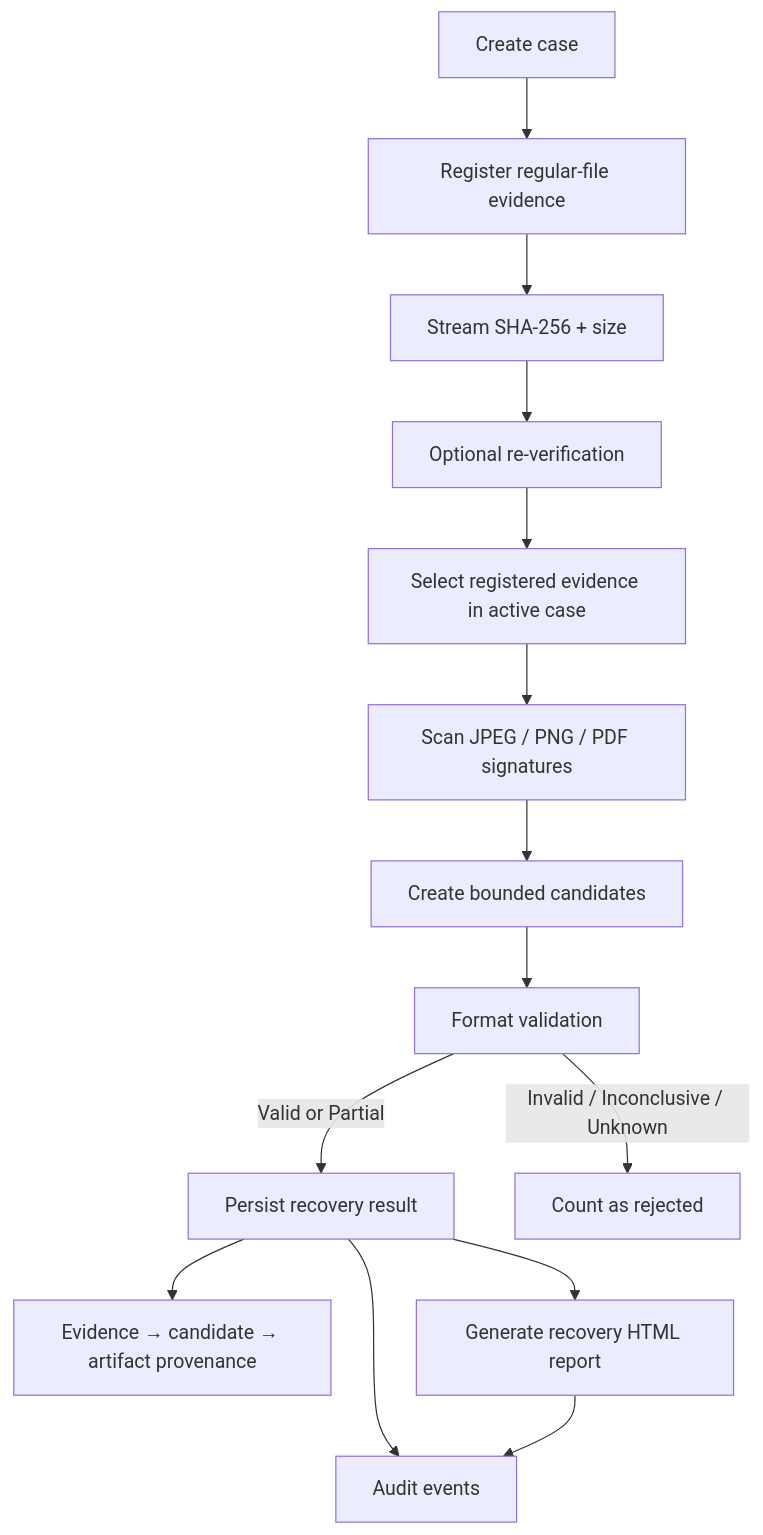
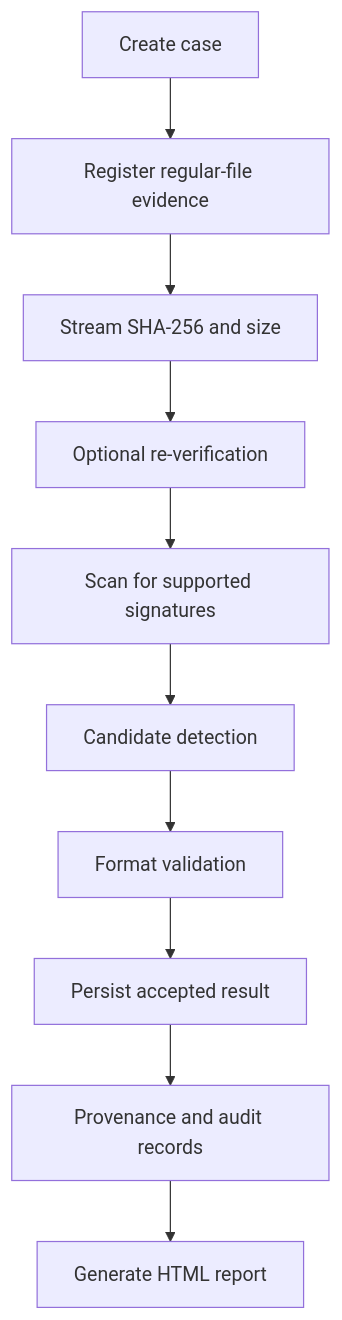
One commit to cyphric01-jpg/KRYVORA changed the first of 2 diagrams in docs/07_FORENSIC_WORKFLOW.md. Above: the diagram before and after it, drawn with Mermaid. The commit also changed other lines of this file and 18 other files, not shown here.

````diff
--- a/docs/07_FORENSIC_WORKFLOW.md
+++ b/docs/07_FORENSIC_WORKFLOW.md
@@ -5,16 +5,12 @@
 ```mermaid
 flowchart TD
     C[Create case] --> E[Register regular-file evidence]
-    E --> H[Stream SHA-256 + size]
+    E --> H[Stream SHA-256 and size]
     H --> V[Optional re-verification]
-    V --> X[Select registered evidence in active case]
-    X --> S[Scan JPEG / PNG / PDF signatures]
-    S --> D[Create bounded candidates]
+    V --> S[Scan for supported signatures]
+    S --> D[Candidate detection]
     D --> Q[Format validation]
-    Q -->|Valid or Partial| P[Persist recovery result]
-    Q -->|Invalid / Inconclusive / Unknown| J[Count as rejected]
-    P --> G[Evidence → candidate → artifact provenance]
-    P --> A[Audit events]
-    P --> R[Generate recovery HTML report]
-    R --> A
+    Q --> P[Persist accepted result]
+    P --> G[Provenance and audit records]
+    G --> R[Generate HTML report]
 ```
````
